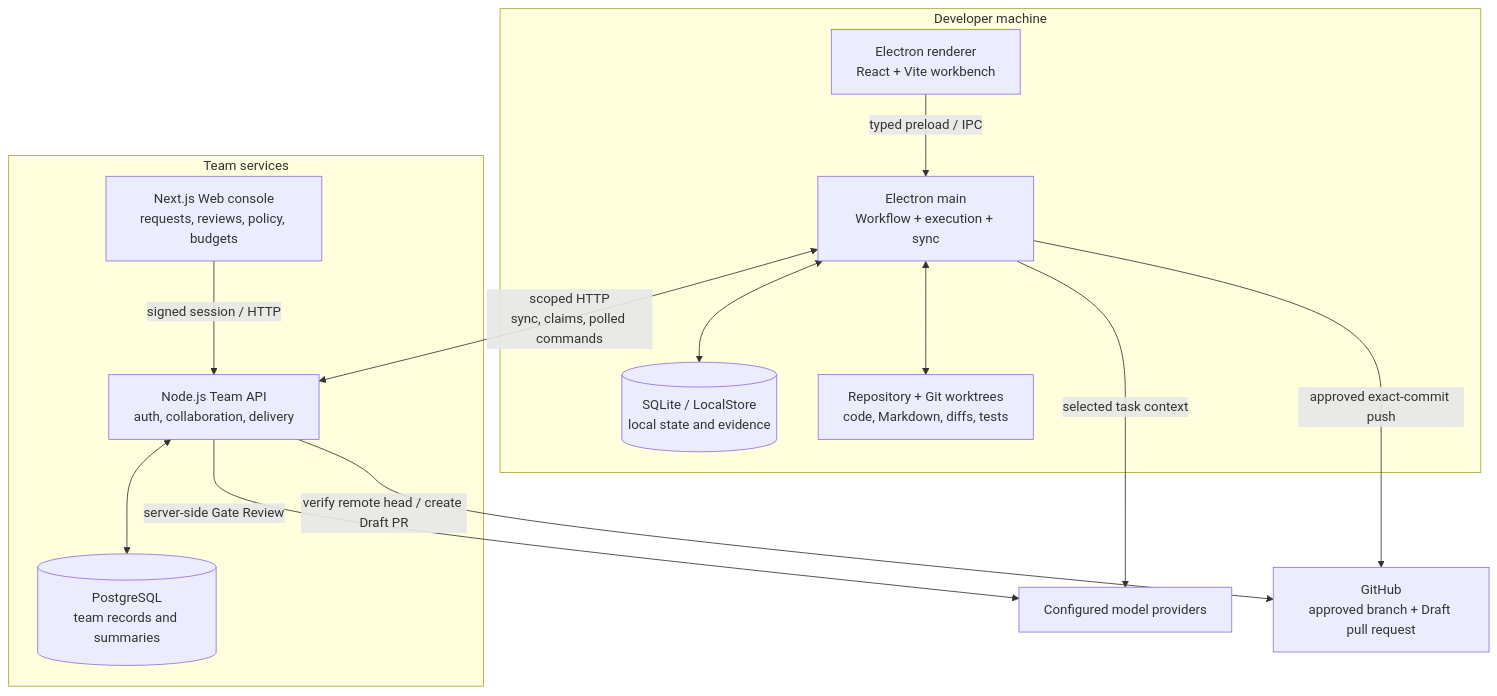
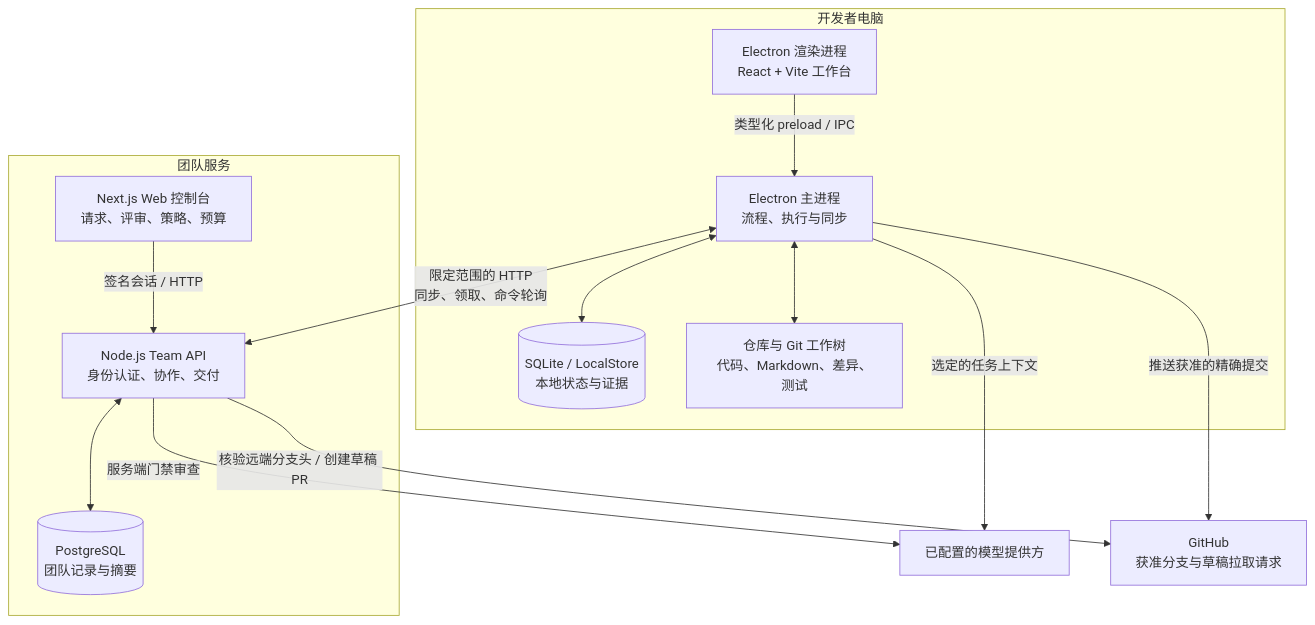
Before and after one commit to erich04/ai-devflow-studio: the first of 2 diagrams in README.md, drawn with Mermaid. The commit also changed other lines of this file and 79 other files, not shown here.

````diff
--- a/README.md
+++ b/README.md
@@ -142,26 +154,26 @@
 ```mermaid
 flowchart TB
-    subgraph Local["Developer machine"]
-        UI["Electron renderer<br/>React + Vite workbench"]
-        Main["Electron main<br/>Workflow + execution + sync"]
-        SQLite[("SQLite / LocalStore<br/>local state and evidence")]
-        Git["Repository + Git worktrees<br/>code, Markdown, diffs, tests"]
-        UI -- "typed preload / IPC" --> Main
+    subgraph Local["开发者电脑"]
+        UI["Electron 渲染进程<br/>React + Vite 工作台"]
+        Main["Electron 主进程<br/>流程、执行与同步"]
+        SQLite[("SQLite / LocalStore<br/>本地状态与证据")]
+        Git["仓库与 Git 工作树<br/>代码、Markdown、差异、测试"]
+        UI -- "类型化 preload / IPC" --> Main
         Main <--> SQLite
         Main <--> Git
     end
-    subgraph Team["Team services"]
-        Web["Next.js Web console<br/>requests, reviews, policy, budgets"]
-        API["Node.js Team API<br/>auth, collaboration, delivery"]
-        Postgres[("PostgreSQL<br/>team records and summaries")]
-        Web -- "signed session / HTTP" --> API
+    subgraph Team["团队服务"]
+        Web["Next.js Web 控制台<br/>请求、评审、策略、预算"]
+        API["Node.js Team API<br/>身份认证、协作、交付"]
+        Postgres[("PostgreSQL<br/>团队记录与摘要")]
+        Web -- "签名会话 / HTTP" --> API
         API <--> Postgres
     end
-    Models["Configured model providers"]
-    GitHub["GitHub<br/>approved branch + Draft pull request"]
-    Main <-- "scoped HTTP<br/>sync, claims, polled commands" --> API
-    Main -- "selected task context" --> Models
-    API -- "server-side Gate Review" --> Models
-    Main -- "approved exact-commit push" --> GitHub
-    API -- "verify remote head / create Draft PR" --> GitHub
+    Models["已配置的模型提供方"]
+    GitHub["GitHub<br/>获准分支与草稿拉取请求"]
+    Main <-- "限定范围的 HTTP<br/>同步、领取、命令轮询" --> API
+    Main -- "选定的任务上下文" --> Models
+    API -- "服务端门禁审查" --> Models
+    Main -- "推送获准的精确提交" --> GitHub
+    API -- "核验远端分支头 / 创建草稿 PR" --> GitHub
 ```
````
